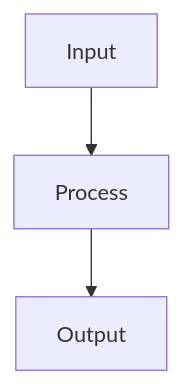
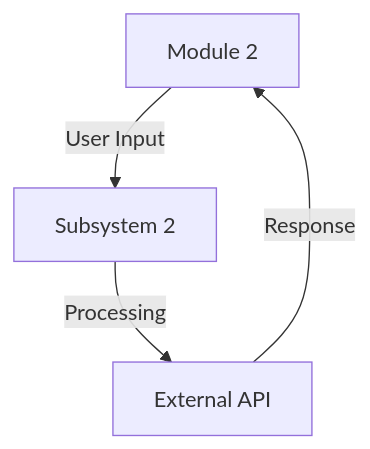
Before and after one commit to Ashwin-A21/paw: the third of 4 diagrams in ARCHITECTURE.md, drawn with Mermaid. The commit also changed other lines of this file, not shown here.

Commit message:
Add comprehensive architecture documentation (DFDs and ER Diagram)

````diff
--- a/ARCHITECTURE.md
+++ b/ARCHITECTURE.md
@@ -14,5 +21,6 @@
 ```mermaid
-graph TD
-    A[Input] --> B[Process]
-    B --> C[Output]
-```
+  graph TD;
+      A[Module 2] -->|User Input| B[Subsystem 2];
+      B -->|Processing| C[External API];
+      C -->|Response| A;
+```  
````
